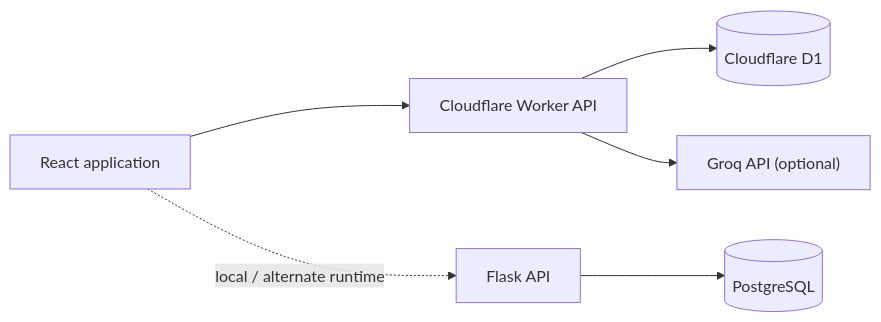
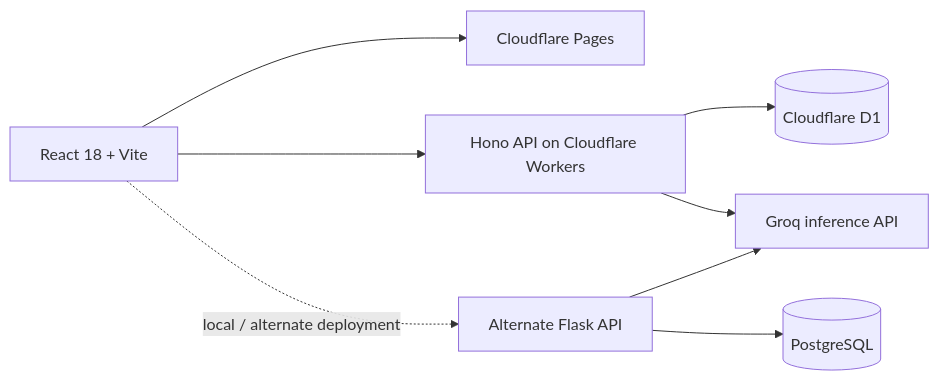
Before and after one commit to chetanaybuilder/RepForge: the diagram in README.md, drawn with Mermaid. The commit also changed other lines of this file and 40 other files, not shown here.

Commit message:
chore(release): refactor architecture, clean codebase, and add flagship README

````diff
--- a/README.md
+++ b/README.md
@@ -42,8 +44,18 @@
 ```mermaid
 flowchart LR
-    Browser["React application"] --> Worker["Cloudflare Worker API"]
-    Worker --> D1[("Cloudflare D1")]
-    Worker --> Groq["Groq API (optional)"]
-    Browser -. "local / alternate runtime" .-> Flask["Flask API"]
-    Flask --> Postgres[("PostgreSQL")]
+    Browser["React 18 + Vite"]
+    Pages["Cloudflare Pages"]
+    Worker["Hono API on Cloudflare Workers"]
+    D1[("Cloudflare D1")]
+    Groq["Groq inference API"]
+    Flask["Alternate Flask API"]
+    PostgreSQL[("PostgreSQL")]
+
+    Browser --> Pages
+    Browser --> Worker
+    Worker --> D1
+    Worker --> Groq
+    Browser -. "local / alternate deployment" .-> Flask
+    Flask --> PostgreSQL
+    Flask --> Groq
 ```
````
